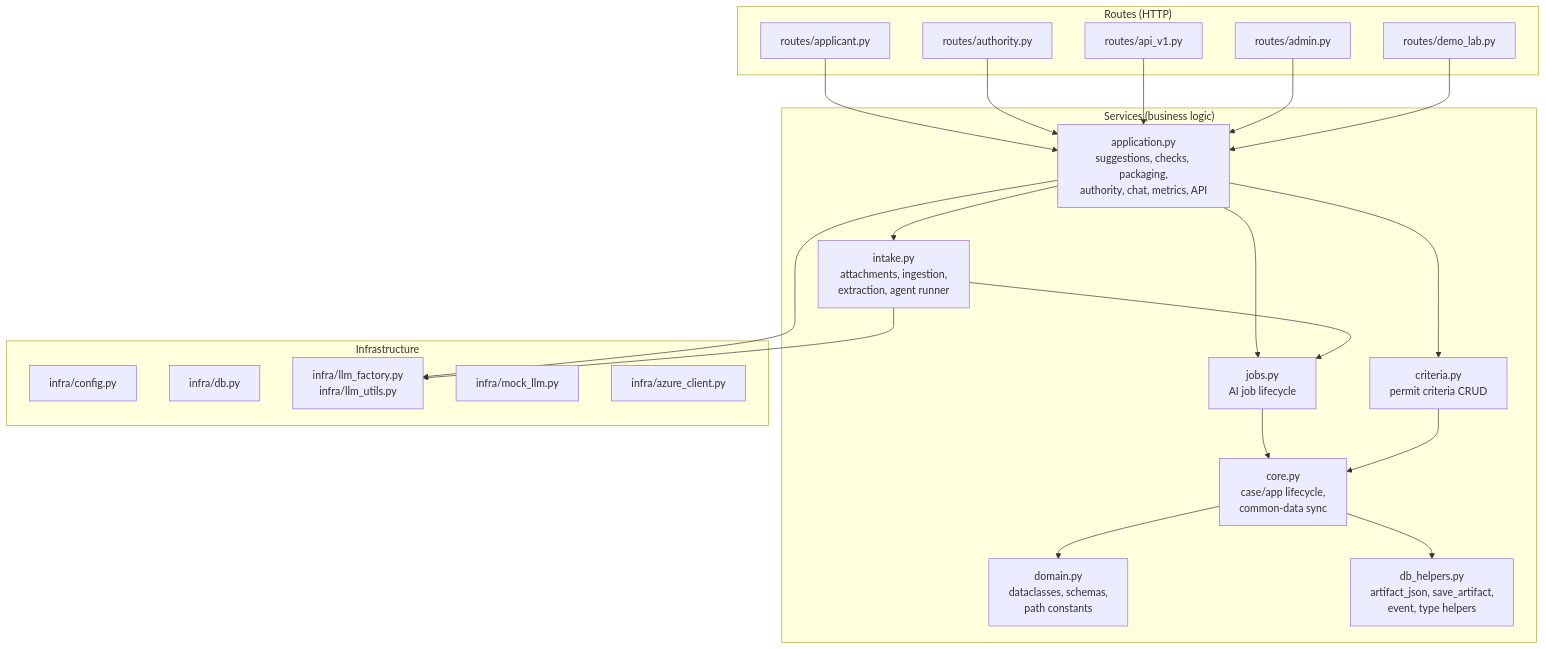
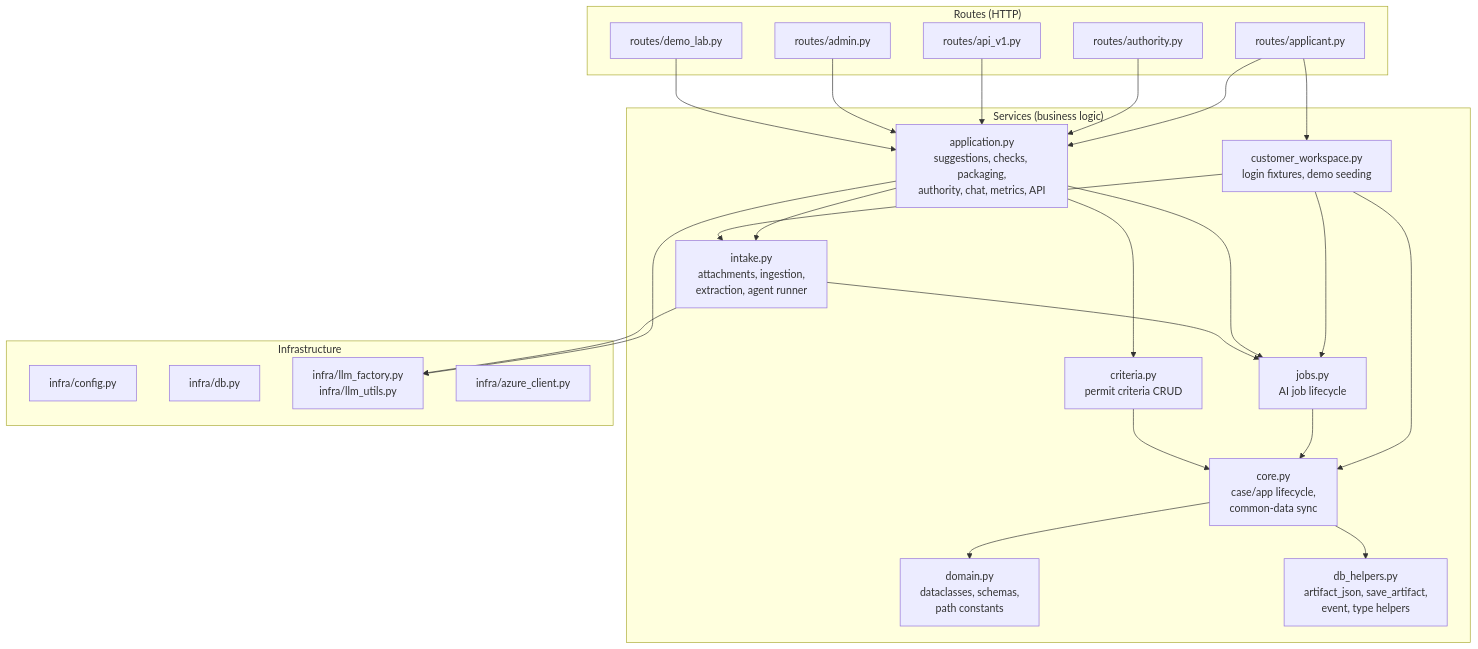
The diagram in ARCHITECTURE.md (JJalopeura/keha-lv-jaettava), drawn with Mermaid before and after one commit. The commit also changed other lines of this file and 49 other files, not shown here.

````diff
--- a/ARCHITECTURE.md
+++ b/ARCHITECTURE.md
@@ -61,46 +61,50 @@
 ```mermaid
 graph TD
     subgraph "Routes (HTTP)"
         applicant["routes/applicant.py"]
         authority["routes/authority.py"]
         api_v1["routes/api_v1.py"]
         admin["routes/admin.py"]
         demo_lab["routes/demo_lab.py"]
     end
 
     subgraph "Services (business logic)"
         application["application.py<br/>suggestions, checks, packaging,<br/>authority, chat, metrics, API"]
+        cw["customer_workspace.py<br/>login fixtures, demo seeding"]
         criteria["criteria.py<br/>permit criteria CRUD"]
         intake["intake.py<br/>attachments, ingestion,<br/>extraction, agent runner"]
         jobs["jobs.py<br/>AI job lifecycle"]
         core_svc["core.py<br/>case/app lifecycle,<br/>common-data sync"]
         domain["domain.py<br/>dataclasses, schemas,<br/>path constants"]
         db_helpers["db_helpers.py<br/>artifact_json, save_artifact,<br/>event, type helpers"]
     end
 
     subgraph "Infrastructure"
         config["infra/config.py"]
         db["infra/db.py"]
         llm["infra/llm_factory.py<br/>infra/llm_utils.py"]
-        mock["infra/mock_llm.py"]
         azure["infra/azure_client.py"]
     end
 
     applicant --> application
     authority --> application
     api_v1 --> application
     admin --> application
     demo_lab --> application
+    applicant --> cw
 
     application --> intake
+    cw --> intake
+    cw --> jobs
+    cw --> core_svc
     application --> criteria
     application --> jobs
     intake --> jobs
     jobs --> core_svc
     criteria --> core_svc
     core_svc --> domain
     core_svc --> db_helpers
 
     application --> llm
     intake --> llm
 ```
````
